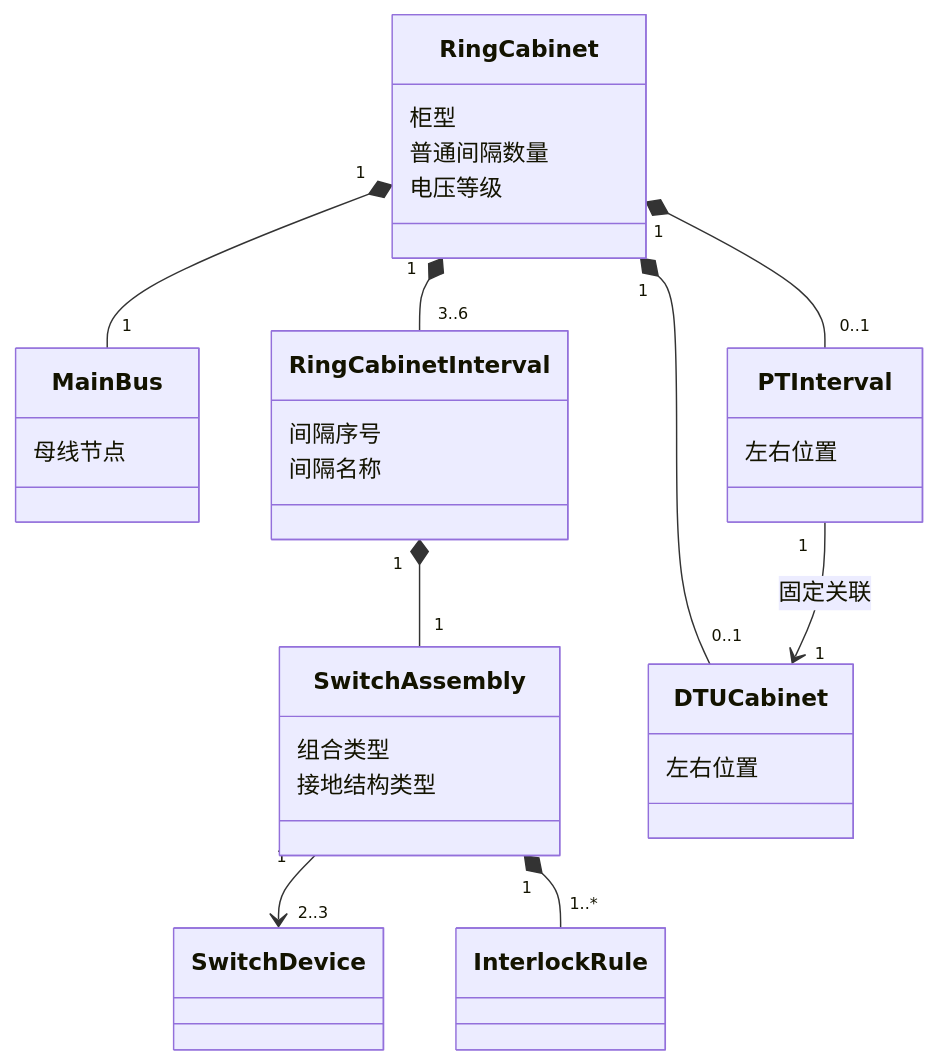
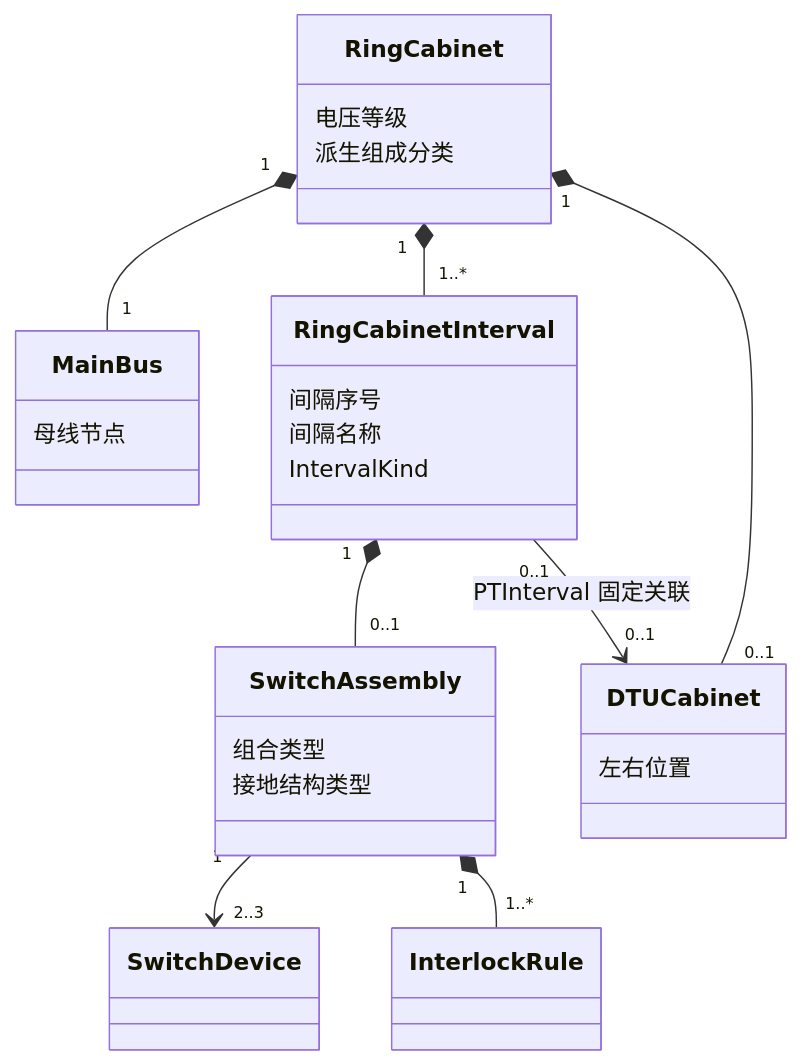
One commit to DamoclesJ/10kV-Distribution-Drawing changed the first of 3 diagrams in docs/ring-cabinet-design.md. Above: the diagram before and after it, drawn with Mermaid. The commit also changed other lines of this file and 2 other files, not shown here.

Commit message:
Refine ring cabinet mixed interval model

````diff
--- a/docs/ring-cabinet-design.md
+++ b/docs/ring-cabinet-design.md
@@ -77,36 +87,32 @@
 ```mermaid
 classDiagram
     class RingCabinet {
-        柜型
-        普通间隔数量
         电压等级
+        派生组成分类
     }
     class MainBus {
         母线节点
     }
     class RingCabinetInterval {
         间隔序号
         间隔名称
+        IntervalKind
     }
     class SwitchAssembly {
         组合类型
         接地结构类型
     }
     class SwitchDevice
     class InterlockRule
-    class PTInterval {
-        左右位置
-    }
     class DTUCabinet {
         左右位置
     }
 
     RingCabinet "1" *-- "1" MainBus
-    RingCabinet "1" *-- "3..6" RingCabinetInterval
-    RingCabinetInterval "1" *-- "1" SwitchAssembly
+    RingCabinet "1" *-- "1..*" RingCabinetInterval
+    RingCabinetInterval "1" *-- "0..1" SwitchAssembly
     SwitchAssembly "1" --> "2..3" SwitchDevice
     SwitchAssembly "1" *-- "1..*" InterlockRule
-    RingCabinet "1" *-- "0..1" PTInterval
     RingCabinet "1" *-- "0..1" DTUCabinet
-    PTInterval "1" --> "1" DTUCabinet : 固定关联
+    RingCabinetInterval "0..1" --> "0..1" DTUCabinet : PTInterval 固定关联
 ```
````
